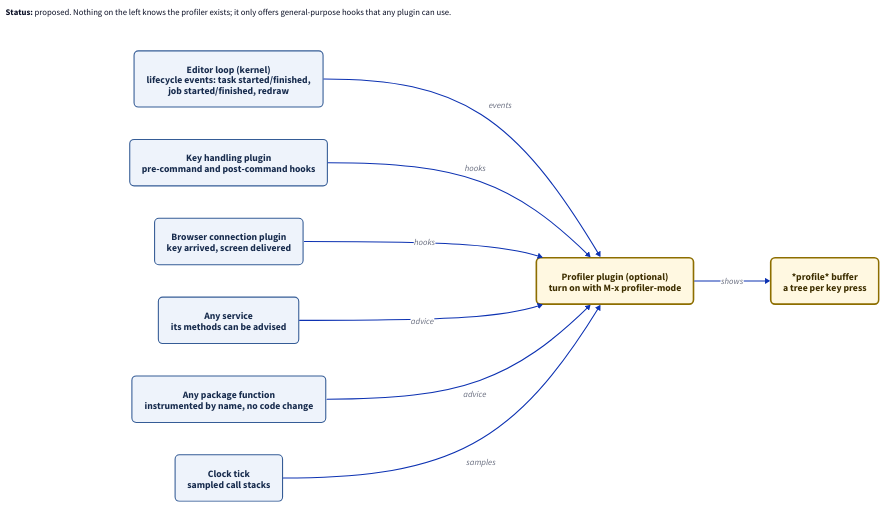
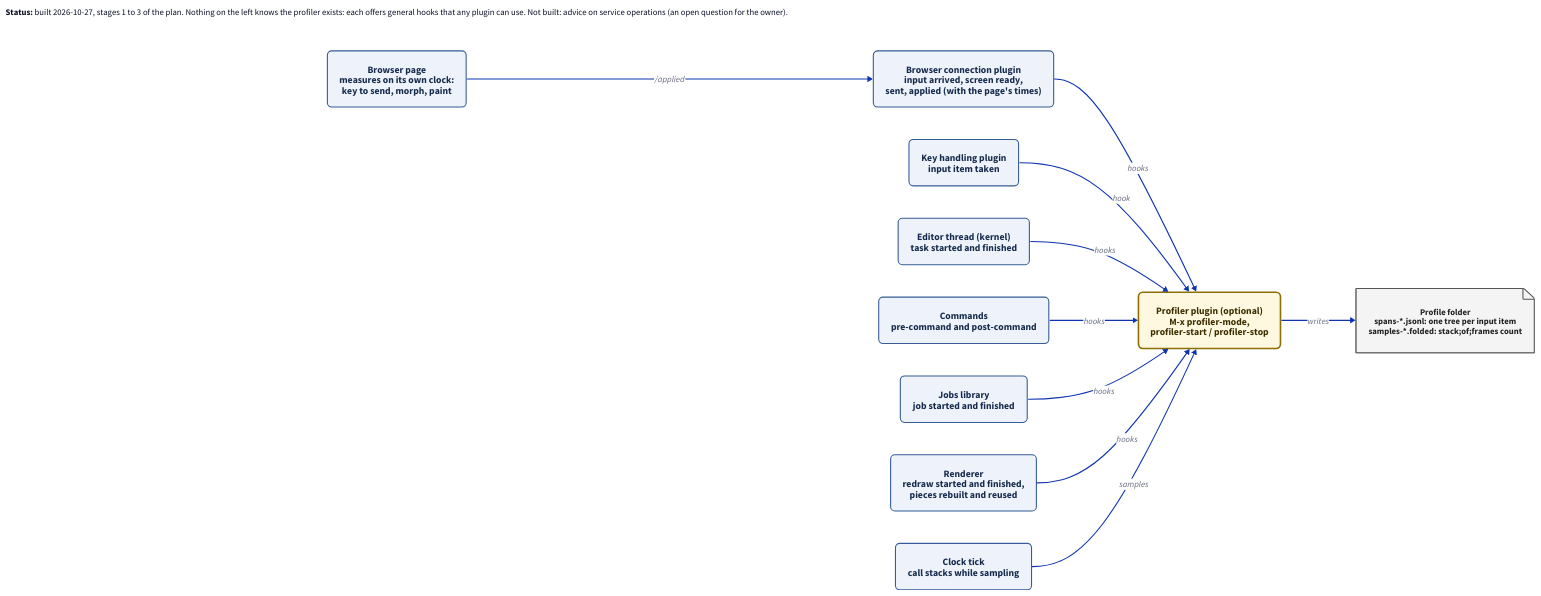
The diagram in docs/diagrams/profiler.d2 (jaybonthius/tuna), drawn with D2 before and after one commit. The commit also changed 8 other files, not shown here.

First line of the commit message:
Docs: profiler stages 1-3 (overview, diagram, Emacs table, plan, brief, roadmap, TODO, ADR 1)

```diff
--- a/docs/diagrams/profiler.d2
+++ b/docs/diagrams/profiler.d2
@@ -1,53 +1,68 @@
 # Where does the profiler get its measurements, without being built into anything?
 vars: {
   d2-config: {
     layout-engine: dagre
     theme-id: 0
   }
 }
 direction: right
 
 classes: {
   part: {
     style: {
       fill: "#eef3fb"
       stroke: "#355c96"
       font-color: "#172b4d"
       border-radius: 8
       font-size: 18
     }
   }
   prof: {
     style: {
       fill: "#fff8e1"
       stroke: "#8d6e00"
       font-color: "#3e2f00"
       border-radius: 8
       stroke-width: 3
       font-size: 18
     }
   }
+  file: {
+    shape: page
+    style: {
+      fill: "#f4f4f4"
+      stroke: "#555555"
+      font-color: "#222222"
+      font-size: 16
+    }
+  }
 }
 
 legend: |md
-  **Status:** proposed. Nothing on the left knows the profiler exists;
-  it only offers general-purpose hooks that any plugin can use.
+  **Status:** built 2026-10-27, stages 1 to 3 of the plan.
+  Nothing on the left knows the profiler exists: each offers
+  general hooks that any plugin can use. Not built: advice on
+  service operations (an open question for the owner).
 |
 
-loop: Editor loop (kernel)\nlifecycle events: task started/finished,\njob started/finished, redraw {class: part}
-keys: Key handling plugin\npre-command and post-command hooks {class: part}
-web: Browser connection plugin\nkey arrived, screen delivered {class: part}
-services: Any service\nits methods can be advised {class: part}
-yours: Any package function\ninstrumented by name, no code change {class: part}
-sampler: Clock tick\nsampled call stacks {class: part}
+page: Browser page\nmeasures on its own clock:\nkey to send, morph, paint {class: part}
+web: Browser connection plugin\ninput arrived, screen ready,\nsent, applied (with the page's times) {class: part}
+keys: Key handling plugin\ninput item taken {class: part}
+loop: Editor thread (kernel)\ntask started and finished {class: part}
+commands: Commands\npre-command and post-command {class: part}
+jobs: Jobs library\njob started and finished {class: part}
+renderer: Renderer\nredraw started and finished,\npieces rebuilt and reused {class: part}
+tick: Clock tick\ncall stacks while sampling {class: part}
 
-profiler: Profiler plugin (optional)\nturn on with M-x profiler-mode {class: prof}
-report: "*profile* buffer\na tree per key press" {class: prof}
+profiler: Profiler plugin (optional)\nM-x profiler-mode,\nprofiler-start / profiler-stop {class: prof}
+files: "Profile folder\nspans-*.jsonl: one tree per input item\nsamples-*.folded: stack;of;frames count" {class: file}
 
-loop -> profiler: events
-keys -> profiler: hooks
+page -> web: "/applied"
 web -> profiler: hooks
-services -> profiler: advice
-yours -> profiler: advice
-sampler -> profiler: samples
-profiler -> report: shows
+keys -> profiler: hook
+loop -> profiler: hooks
+commands -> profiler: hooks
+jobs -> profiler: hooks
+renderer -> profiler: hooks
+tick -> profiler: samples
+profiler -> files: writes
```
